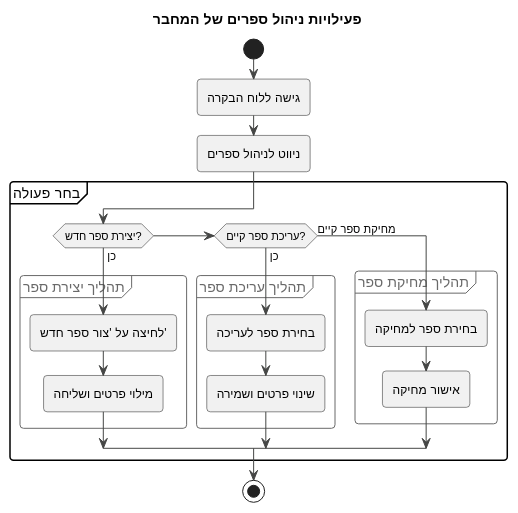
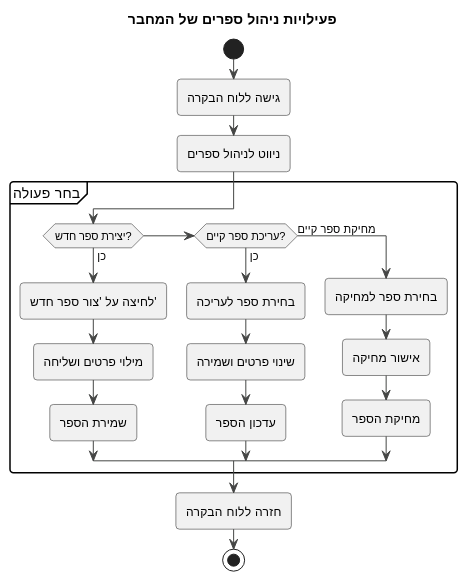
The diagram in UML/Activity/Writer/WR-UC-02.puml (Arado3333/PageByPage_Israel_Arad), drawn with PlantUML before and after one commit. The commit also changed 9 other files, not shown here.

```diff
--- a/UML/Activity/Writer/WR-UC-02.puml
+++ b/UML/Activity/Writer/WR-UC-02.puml
@@ -1,33 +1,29 @@
 @startuml
 !theme vibrant
 
 title פעילויות ניהול ספרים של המחבר
 
 start
 :גישה ללוח הבקרה;
 :ניווט לניהול ספרים;
 
 partition "בחר פעולה" {
   if (יצירת ספר חדש?) then (כן)
-    group תהליך יצירת ספר
-      :לחיצה על 'צור ספר חדש';
-      :מילוי פרטים ושליחה;
-    end group
-
+    :לחיצה על 'צור ספר חדש';
+    :מילוי פרטים ושליחה;
+    :שמירת הספר;
   else if (עריכת ספר קיים?) then (כן)
-    group תהליך עריכת ספר
-      :בחירת ספר לעריכה;
-      :שינוי פרטים ושמירה;
-    end group
-
+    :בחירת ספר לעריכה;
+    :שינוי פרטים ושמירה;
+    :עדכון הספר;
   else (מחיקת ספר קיים)
-    group תהליך מחיקת ספר
-      :בחירת ספר למחיקה;
-      :אישור מחיקה;
-    end group
+    :בחירת ספר למחיקה;
+    :אישור מחיקה;
+    :מחיקת הספר;
   endif
 }
 
+:חזרה ללוח הבקרה;
 stop
 
 @enduml
```
